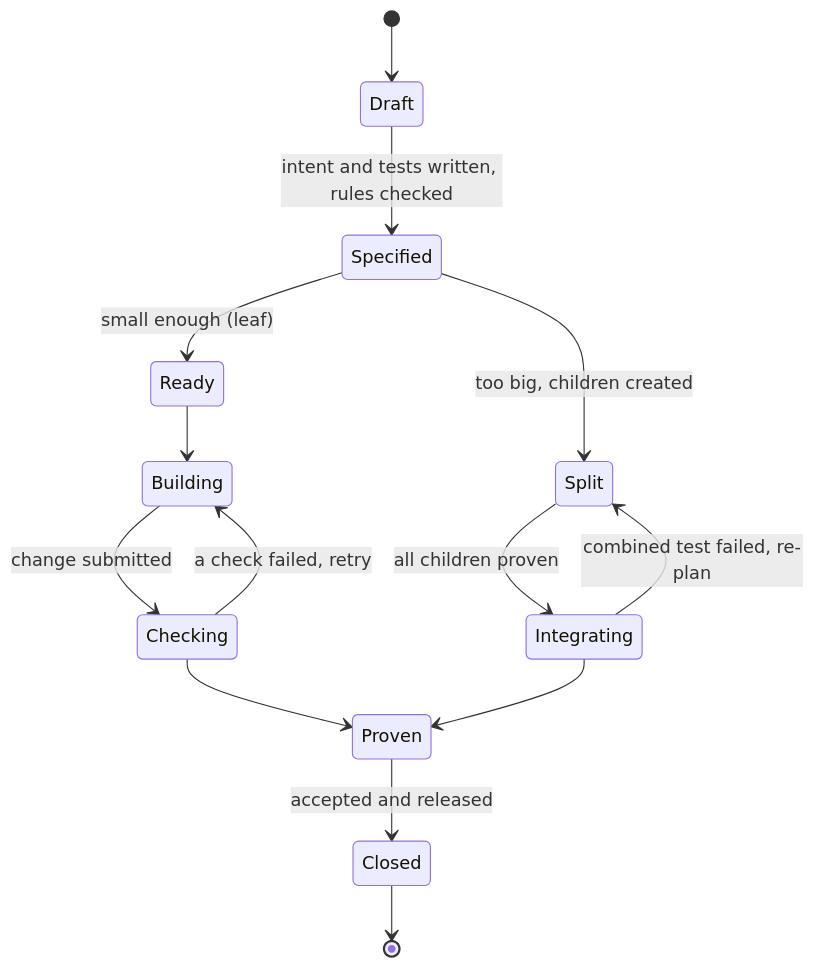
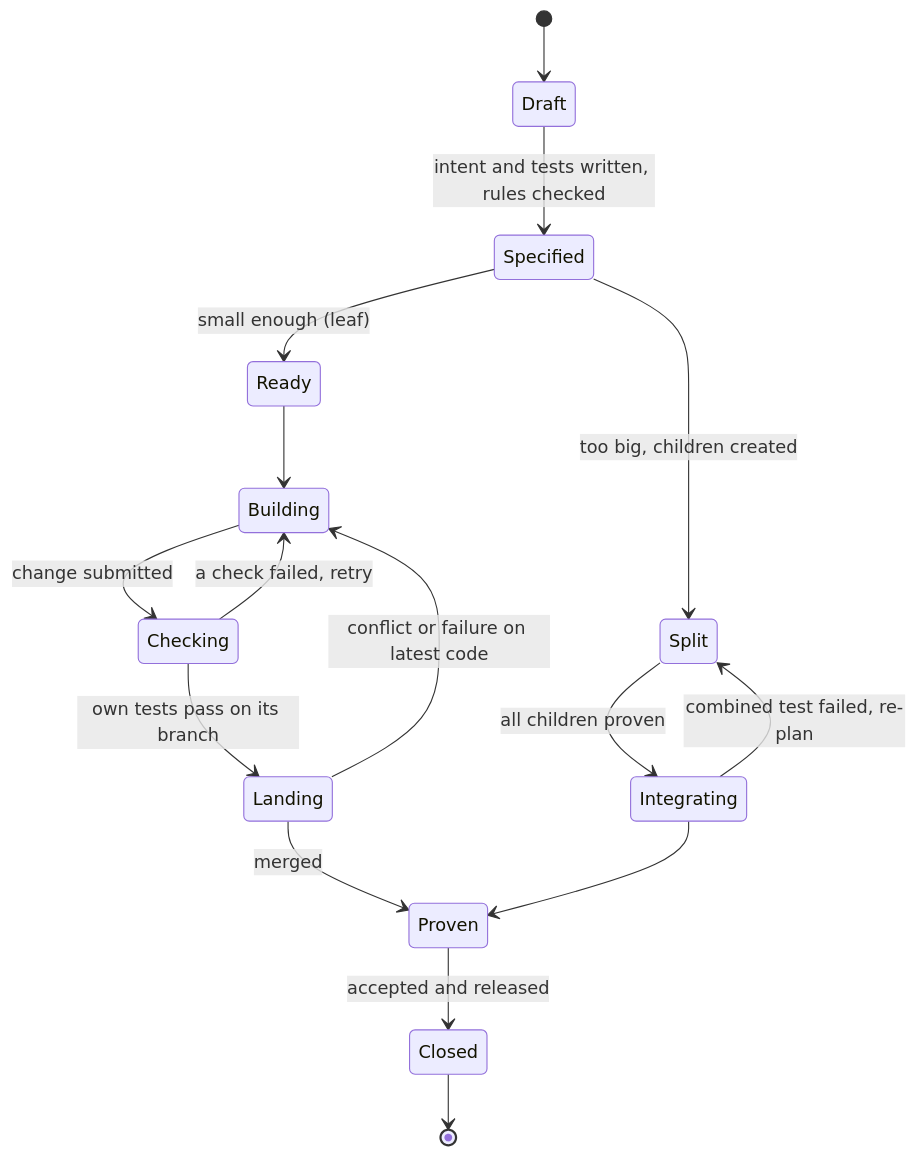
The fourth of 9 diagrams in 02-recursive-v-model.md (Grepen74/agent-harness-os), drawn with Mermaid before and after one commit. The commit also changed other lines of this file and 32 other files, not shown here.

````diff
--- a/02-recursive-v-model.md
+++ b/02-recursive-v-model.md
@@ -281,16 +281,18 @@
 ```mermaid
 stateDiagram-v2
     [*] --> Draft
     Draft --> Specified: intent and tests written, rules checked
     Specified --> Split: too big, children created
     Specified --> Ready: small enough (leaf)
     Ready --> Building
     Building --> Checking: change submitted
     Checking --> Building: a check failed, retry
+    Checking --> Landing: own tests pass on its branch
+    Landing --> Building: conflict or failure on latest code
     Split --> Integrating: all children proven
     Integrating --> Split: combined test failed, re-plan
-    Checking --> Proven
+    Landing --> Proven: merged
     Integrating --> Proven
     Proven --> Closed: accepted and released
     Closed --> [*]
 ```
````
